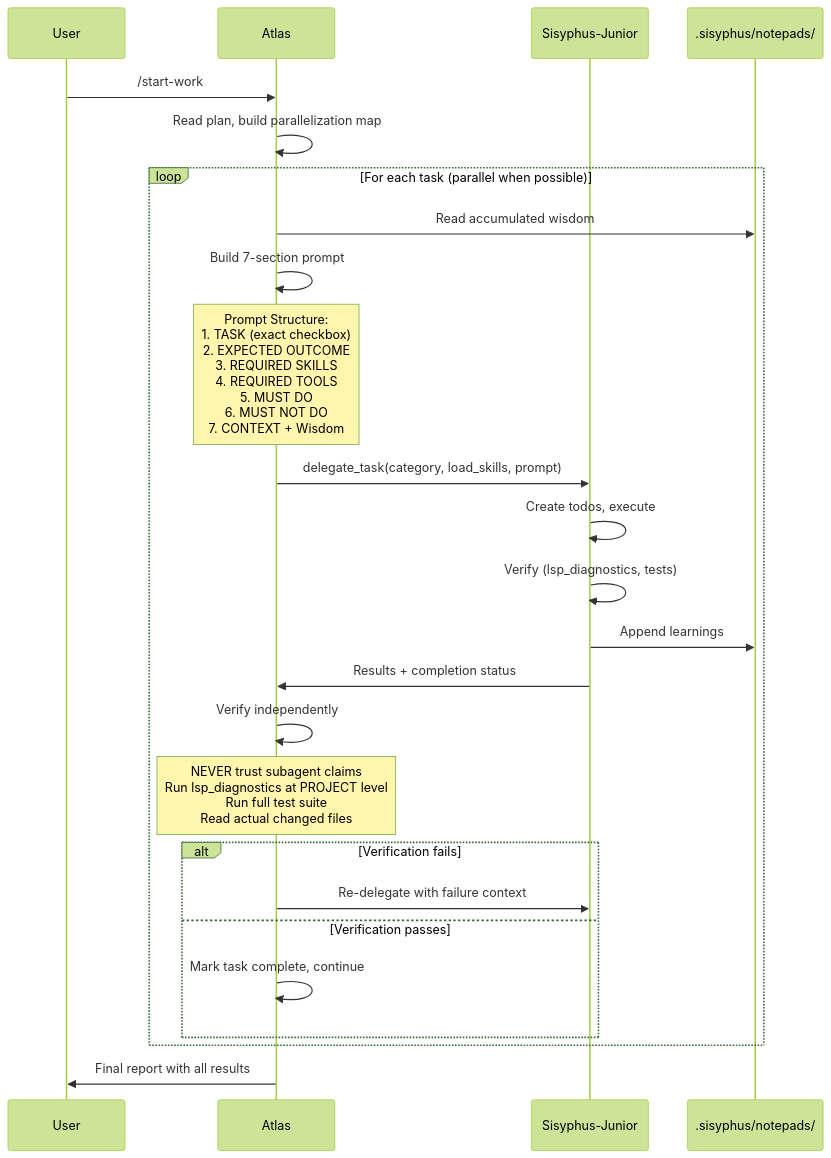
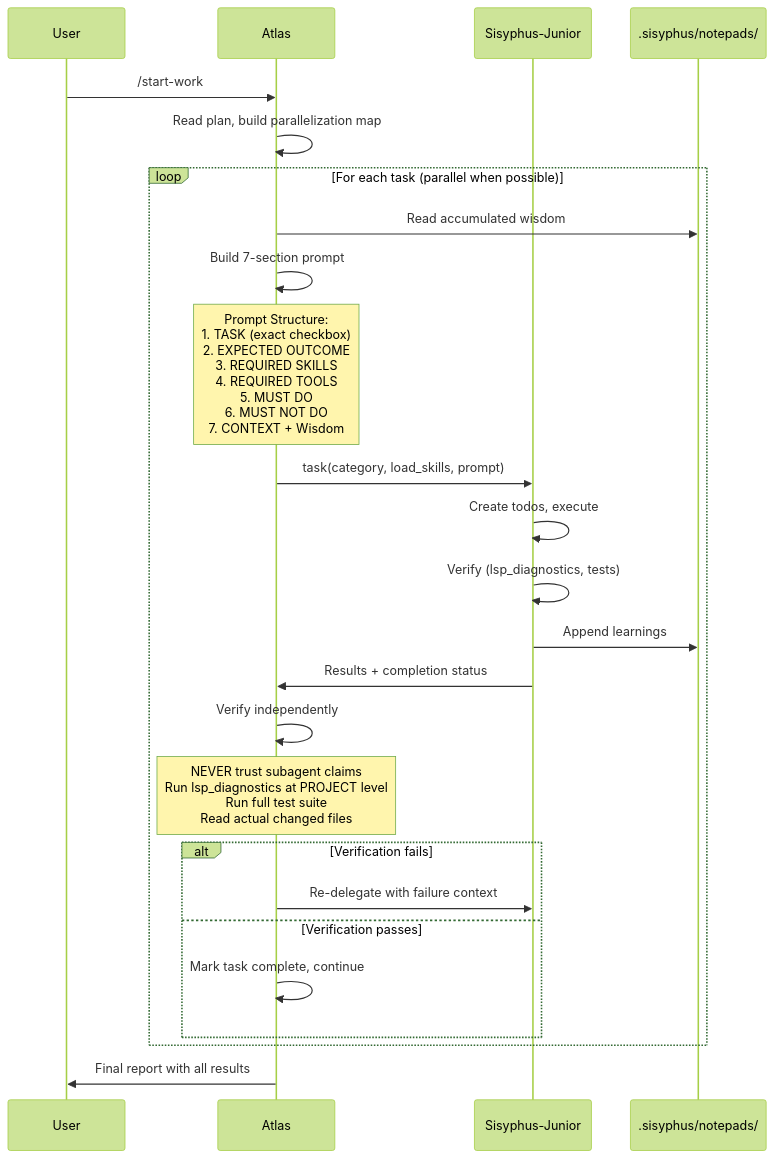
The fourth of 4 diagrams in docs/guide/understanding-orchestration-system.md (code-yeongyu/oh-my-openagent), drawn with Mermaid (forest theme) before and after one commit. The commit also changed other lines of this file and 77 other files, not shown here.

First line of the commit message:
refactor: migrate delegate_task to task tool with metadata fixes

````diff
--- a/docs/guide/understanding-orchestration-system.md
+++ b/docs/guide/understanding-orchestration-system.md
@@ -352,35 +352,35 @@
 ```mermaid
 sequenceDiagram
     participant User
     participant Orchestrator as Atlas
     participant Junior as Sisyphus-Junior
     participant Notepad as .sisyphus/notepads/
     
     User->>Orchestrator: /start-work
     Orchestrator->>Orchestrator: Read plan, build parallelization map
     
     loop For each task (parallel when possible)
         Orchestrator->>Notepad: Read accumulated wisdom
         Orchestrator->>Orchestrator: Build 7-section prompt
         
         Note over Orchestrator: Prompt Structure:<br/>1. TASK (exact checkbox)<br/>2. EXPECTED OUTCOME<br/>3. REQUIRED SKILLS<br/>4. REQUIRED TOOLS<br/>5. MUST DO<br/>6. MUST NOT DO<br/>7. CONTEXT + Wisdom
         
-        Orchestrator->>Junior: delegate_task(category, load_skills, prompt)
+        Orchestrator->>Junior: task(category, load_skills, prompt)
         
         Junior->>Junior: Create todos, execute
         Junior->>Junior: Verify (lsp_diagnostics, tests)
         Junior->>Notepad: Append learnings
         Junior->>Orchestrator: Results + completion status
         
         Orchestrator->>Orchestrator: Verify independently
         Note over Orchestrator: NEVER trust subagent claims<br/>Run lsp_diagnostics at PROJECT level<br/>Run full test suite<br/>Read actual changed files
         
         alt Verification fails
             Orchestrator->>Junior: Re-delegate with failure context
         else Verification passes
             Orchestrator->>Orchestrator: Mark task complete, continue
         end
     end
     
     Orchestrator->>User: Final report with all results
 ```
````
